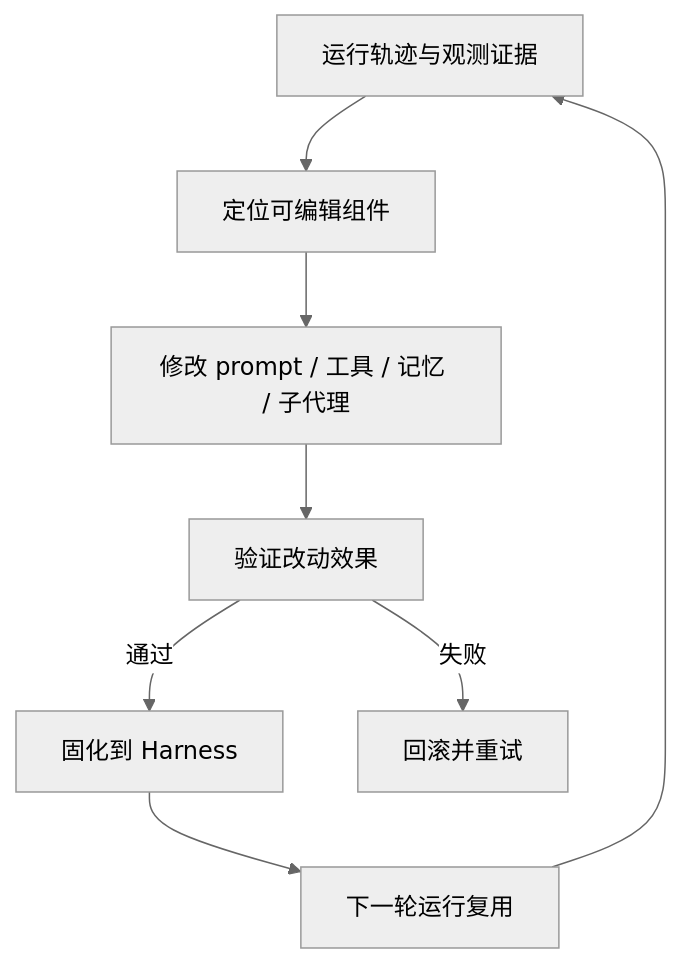
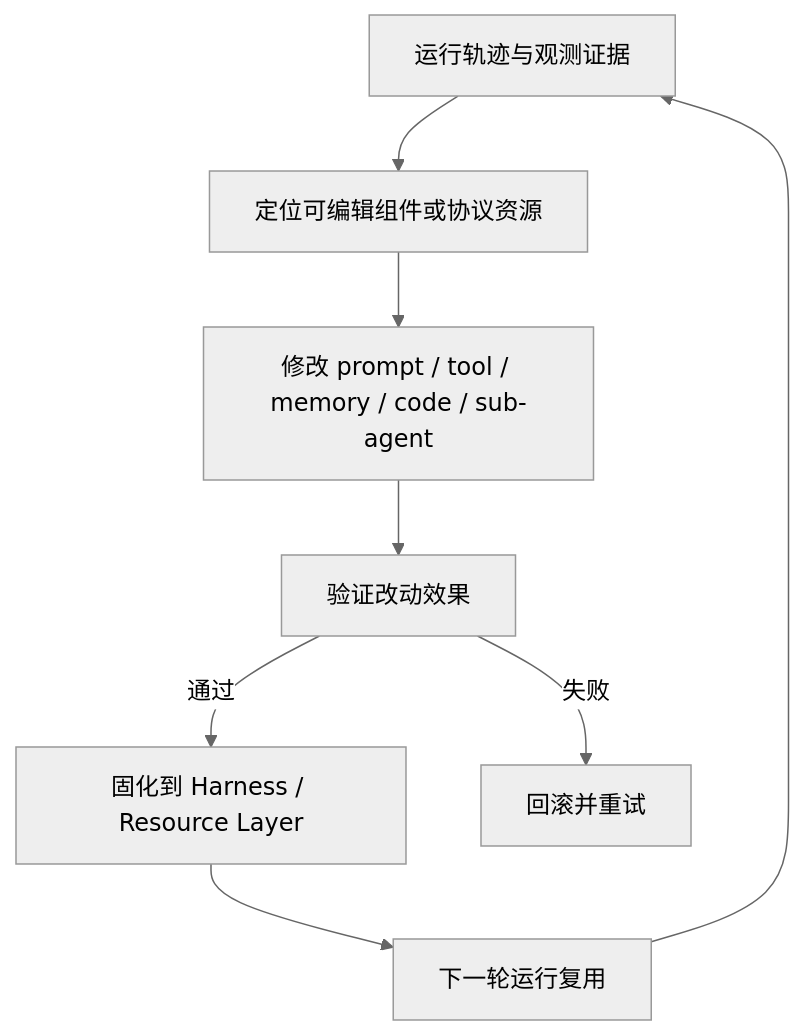
Before and after one commit to pofossette/guidebooks: the fourth of 4 diagrams in docs/agent-engineering/self-evolve/论文综述.md, drawn with Mermaid (neutral theme). The commit also changed other lines of this file and 7 other files, not shown here.

````diff
--- a/docs/agent-engineering/self-evolve/论文综述.md
+++ b/docs/agent-engineering/self-evolve/论文综述.md
@@ -54,10 +72,10 @@
 ```mermaid
 flowchart TD
-    A[运行轨迹与观测证据] --> B[定位可编辑组件]
-    B --> C[修改 prompt / 工具 / 记忆 / 子代理]
+    A[运行轨迹与观测证据] --> B[定位可编辑组件或协议资源]
+    B --> C[修改 prompt / tool / memory / code / sub-agent]
     C --> D[验证改动效果]
-    D -->|通过| E[固化到 Harness]
+    D -->|通过| E[固化到 Harness / Resource Layer]
     D -->|失败| F[回滚并重试]
     E --> G[下一轮运行复用]
     G --> A
 ```
````
